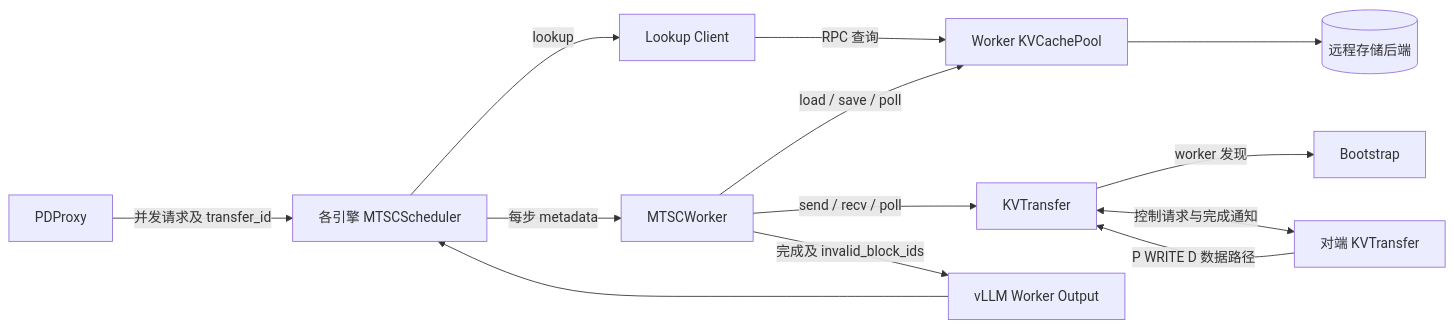
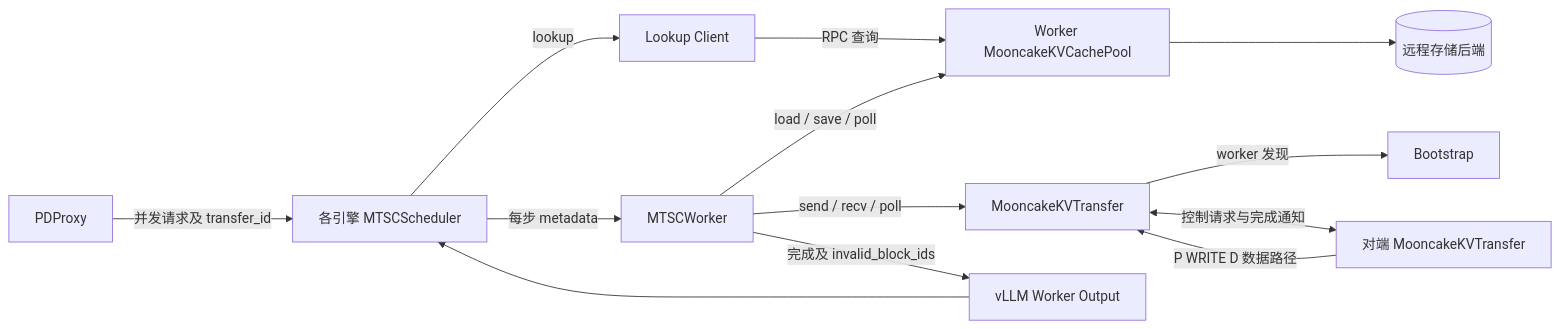
The first of 3 diagrams in docs/design/S05-pool&transfe.md (WangSu-X/MTSC), drawn with Mermaid before and after one commit. The commit also changed other lines of this file and 21 other files, not shown here.

````diff
--- a/docs/design/S05-pool&transfe.md
+++ b/docs/design/S05-pool&transfe.md
@@ -41,15 +47,15 @@
 ```mermaid
 flowchart LR
     X[PDProxy] -->|并发请求及 transfer_id| S[各引擎 MTSCScheduler]
     S -->|lookup| LC[Lookup Client]
-    LC -->|RPC 查询| P[Worker KVCachePool]
+    LC -->|RPC 查询| P[Worker MooncakeKVCachePool]
     S -->|每步 metadata| W[MTSCWorker]
     W -->|load / save / poll| P
     P --> B[(远程存储后端)]
-    W -->|send / recv / poll| T[KVTransfer]
+    W -->|send / recv / poll| T[MooncakeKVTransfer]
     T -->|worker 发现| BS[Bootstrap]
-    T <-->|控制请求与完成通知| RT[对端 KVTransfer]
+    T <-->|控制请求与完成通知| RT[对端 MooncakeKVTransfer]
     RT -->|P WRITE D 数据路径| T
     W -->|完成及 invalid_block_ids| O[vLLM Worker Output]
     O --> S
 ```
````
